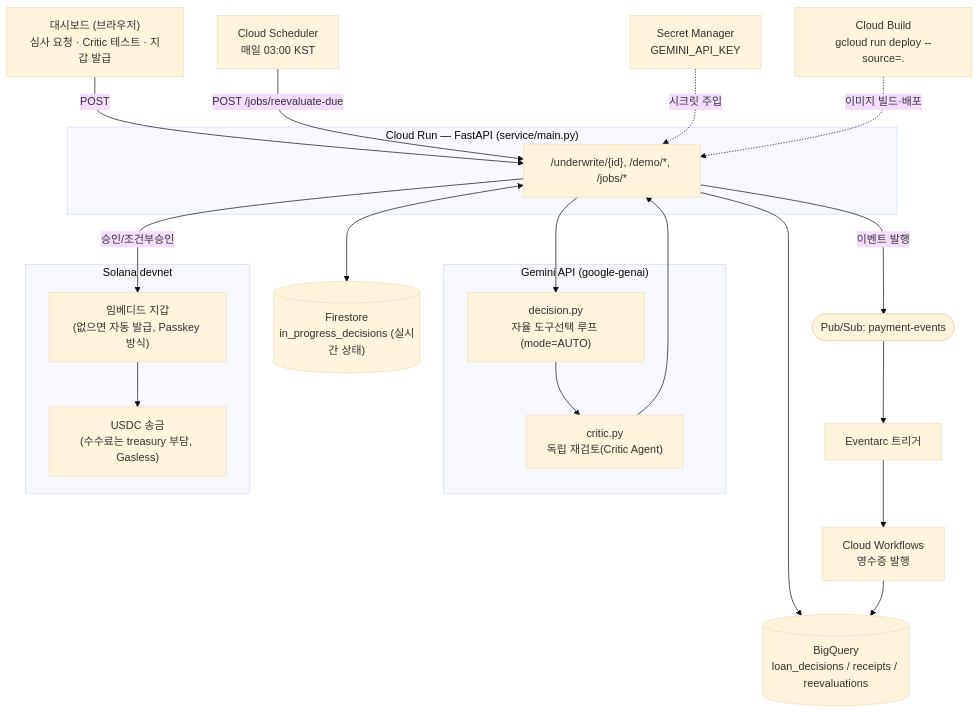
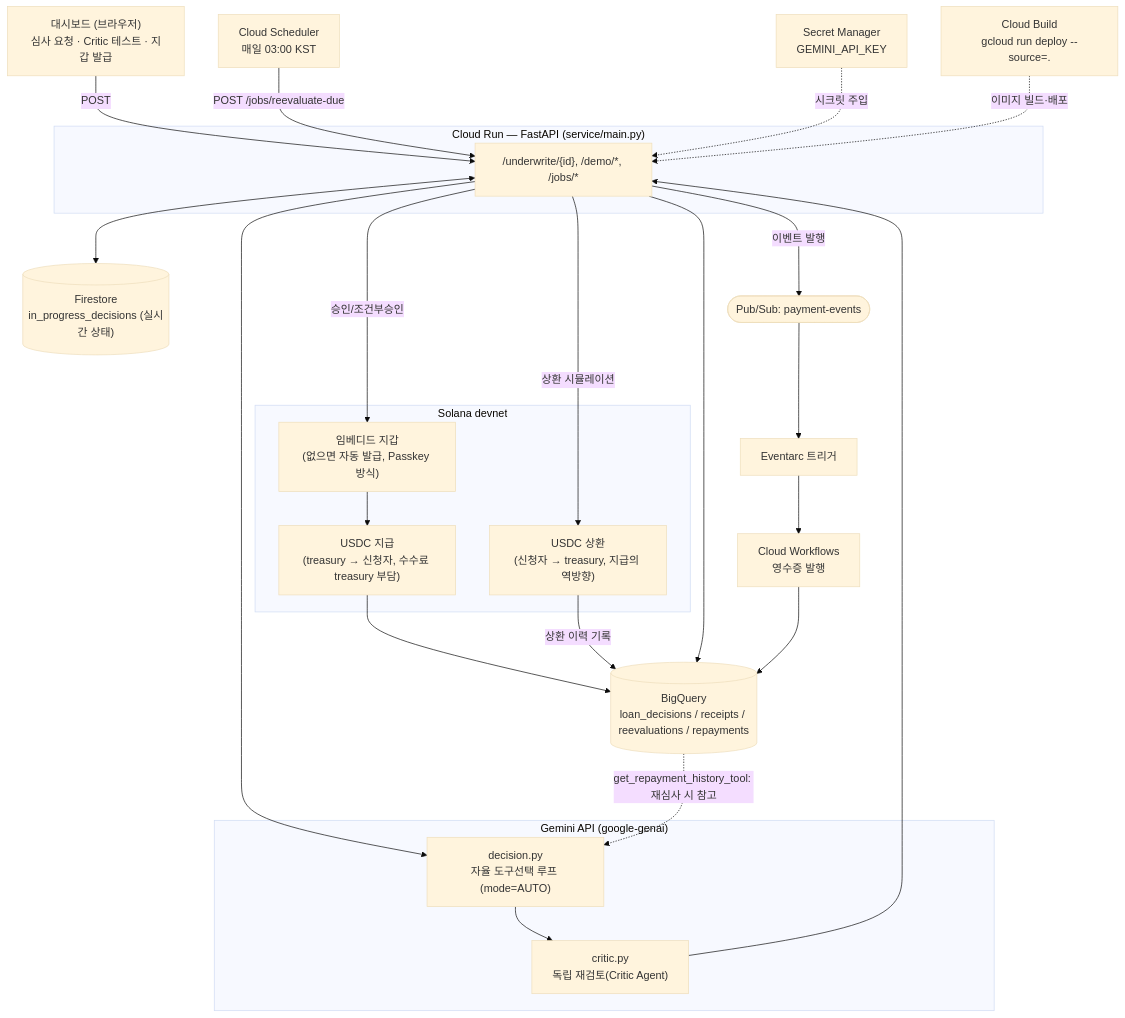
Before and after one commit to sujin-1015/creditflow-ai-agent: the diagram in README.md, drawn with Mermaid (base theme). The commit also changed other lines of this file and 9 other files, not shown here.

````diff
--- a/README.md
+++ b/README.md
@@ -43,39 +43,44 @@
 ```mermaid
 flowchart TB
     Browser["대시보드 (브라우저)<br/>심사 요청 · Critic 테스트 · 지갑 발급"]
 
     subgraph Run["Cloud Run — FastAPI (service/main.py)"]
         API["/underwrite/{id}, /demo/*, /jobs/*"]
     end
 
     subgraph AI["Gemini API (google-genai)"]
         Decision["decision.py<br/>자율 도구선택 루프 (mode=AUTO)"]
         Critic["critic.py<br/>독립 재검토(Critic Agent)"]
     end
 
     subgraph Chain["Solana devnet"]
         Wallet["임베디드 지갑<br/>(없으면 자동 발급, Passkey 방식)"]
-        Transfer["USDC 송금<br/>(수수료는 treasury 부담, Gasless)"]
+        Transfer["USDC 지급<br/>(treasury → 신청자, 수수료 treasury 부담)"]
+        Repay["USDC 상환<br/>(신청자 → treasury, 지급의 역방향)"]
     end
 
-    BQ[("BigQuery<br/>loan_decisions / receipts / reevaluations")]
+    BQ[("BigQuery<br/>loan_decisions / receipts / reevaluations / repayments")]
     FS[("Firestore<br/>in_progress_decisions (실시간 상태)")]
     PS(["Pub/Sub: payment-events"])
     EA["Eventarc 트리거"]
     WF["Cloud Workflows<br/>영수증 발행"]
     SCH["Cloud Scheduler<br/>매일 03:00 KST"]
     SM["Secret Manager<br/>GEMINI_API_KEY"]
     CB["Cloud Build<br/>gcloud run deploy --source=."]
 
     Browser -->|POST| API
     API <--> FS
     API --> Decision --> Critic
     Critic --> API
     API -->|승인/조건부승인| Wallet --> Transfer
+    API -->|상환 시뮬레이션| Repay
+    Transfer --> BQ
+    Repay -->|상환 이력 기록| BQ
+    BQ -.->|get_repayment_history_tool: 재심사 시 참고| Decision
     API --> BQ
     API -->|이벤트 발행| PS --> EA --> WF --> BQ
     SCH -->|POST /jobs/reevaluate-due| API
 
     SM -.->|시크릿 주입| API
     CB -.->|이미지 빌드·배포| API
 ```
````
